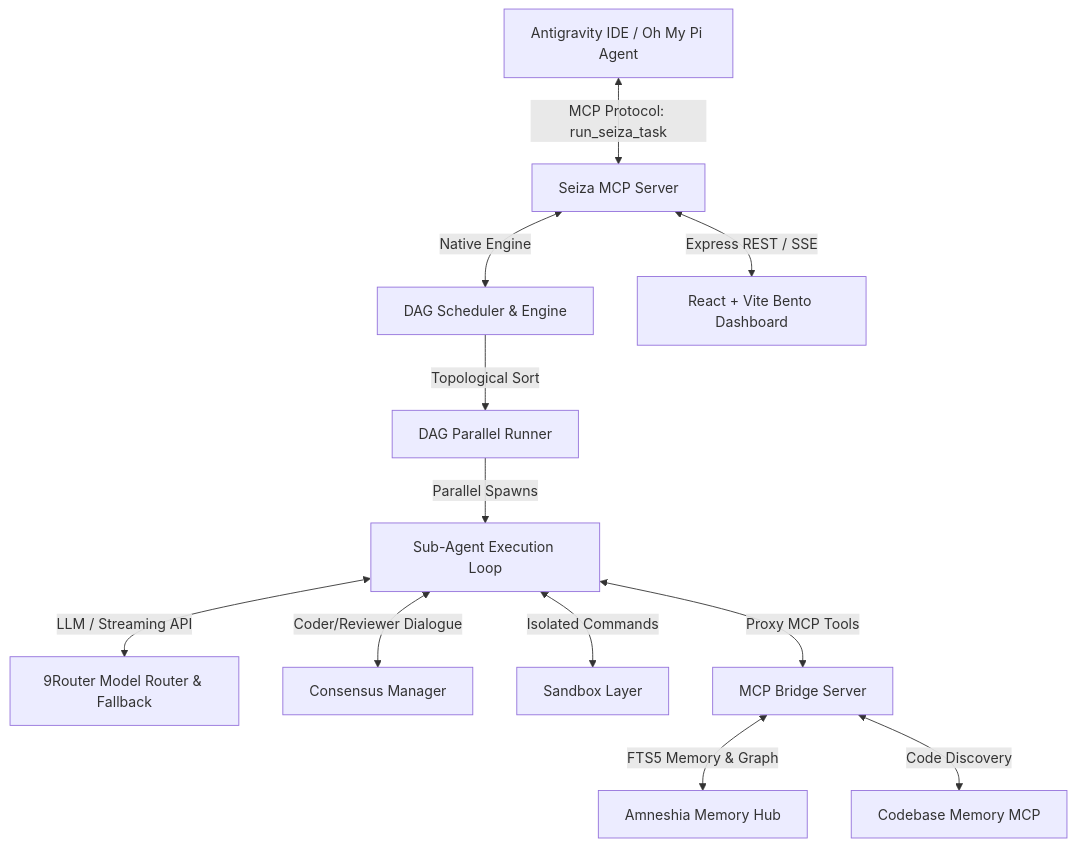
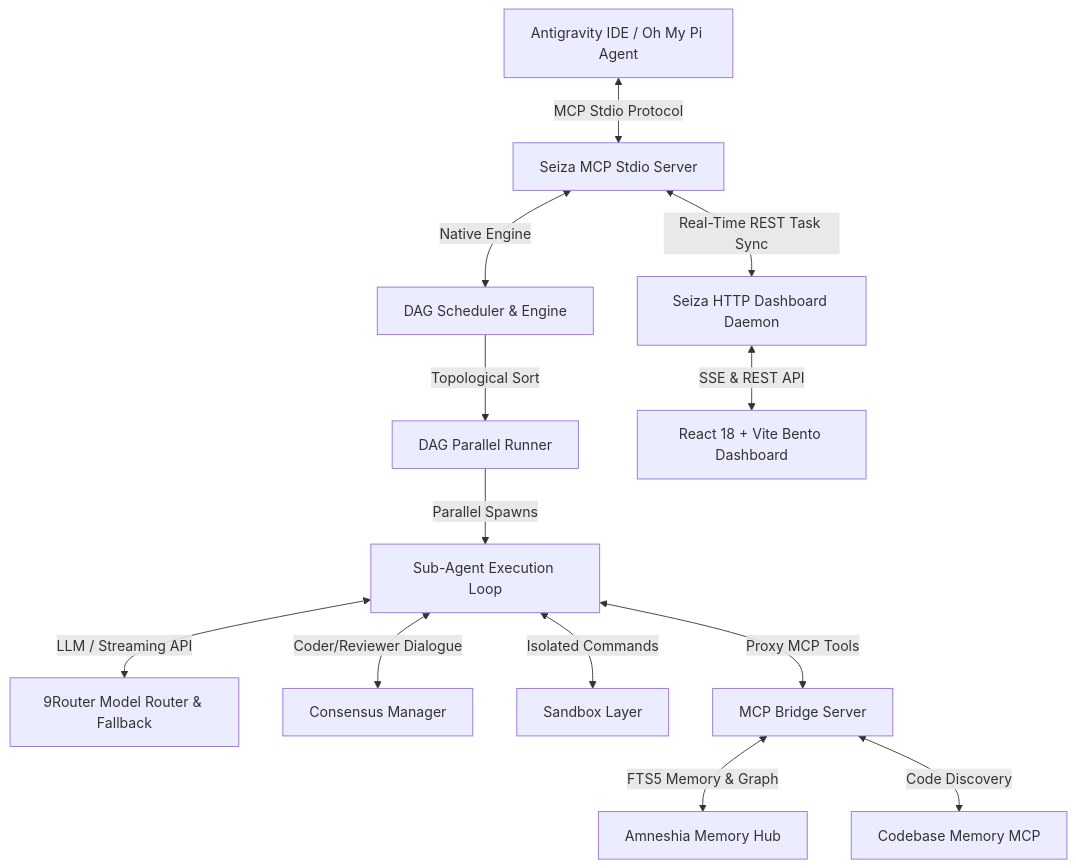
One commit to SabilMurti/Seiza changed the diagram in README.md. Above: the diagram before and after it, drawn with Mermaid. The commit also changed other lines of this file, not shown here.

Commit message:
docs: enhance README with CI badges, architecture diagram, MCP tools reference & CLI options

````diff
--- a/README.md
+++ b/README.md
@@ -9,14 +13,15 @@
 ```mermaid
 graph TD
-    Parent[Antigravity IDE / Oh My Pi Agent] <-->|MCP Protocol: run_seiza_task| Server[Seiza MCP Server]
+    Parent[Antigravity IDE / Oh My Pi Agent] <-->|MCP Stdio Protocol| Server[Seiza MCP Stdio Server]
+    Server <-->|Real-Time REST Task Sync| Daemon[Seiza HTTP Dashboard Daemon]
     Server <-->|Native Engine| Core[DAG Scheduler & Engine]
     Core -->|Topological Sort| DAGRunner[DAG Parallel Runner]
     DAGRunner -->|Parallel Spawns| Runner[Sub-Agent Execution Loop]
     Runner <-->|LLM / Streaming API| Router[9Router Model Router & Fallback]
     Runner <-->|Coder/Reviewer Dialogue| Consensus[Consensus Manager]
     Runner <-->|Isolated Commands| Sandbox[Sandbox Layer]
     Runner <-->|Proxy MCP Tools| Bridge[MCP Bridge Server]
     Bridge <-->|FTS5 Memory & Graph| Amneshia[Amneshia Memory Hub]
     Bridge <-->|Code Discovery| CodebaseMCP[Codebase Memory MCP]
-    Server <-->|Express REST / SSE| Dashboard[React + Vite Bento Dashboard]
+    Daemon <-->|SSE & REST API| Dashboard[React 18 + Vite Bento Dashboard]
 ```
````
